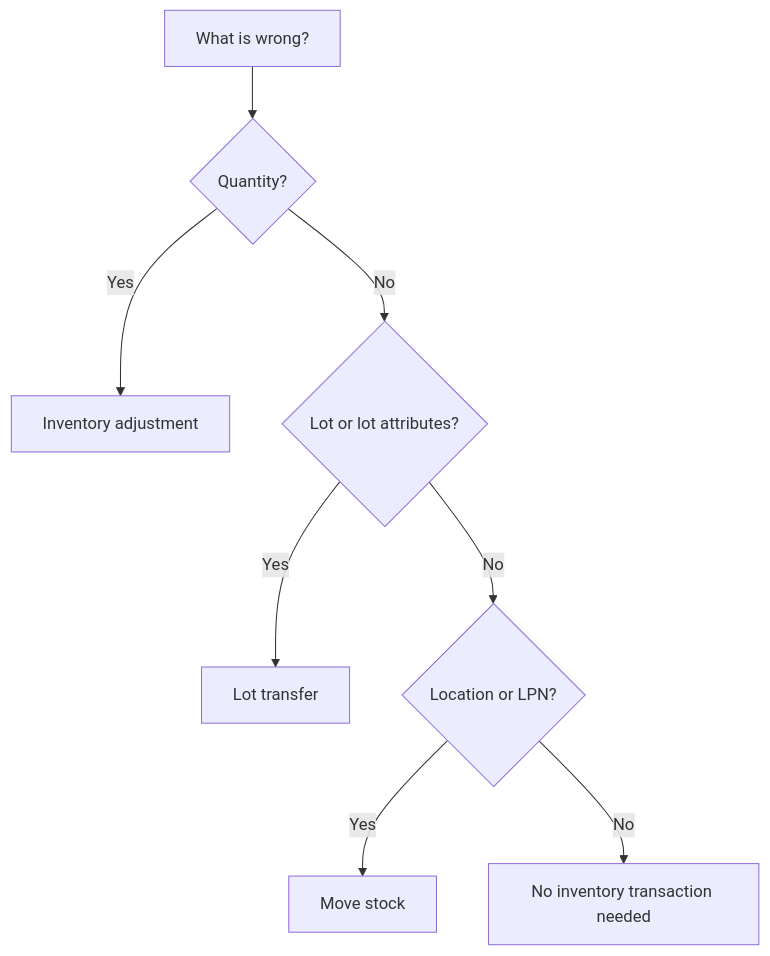
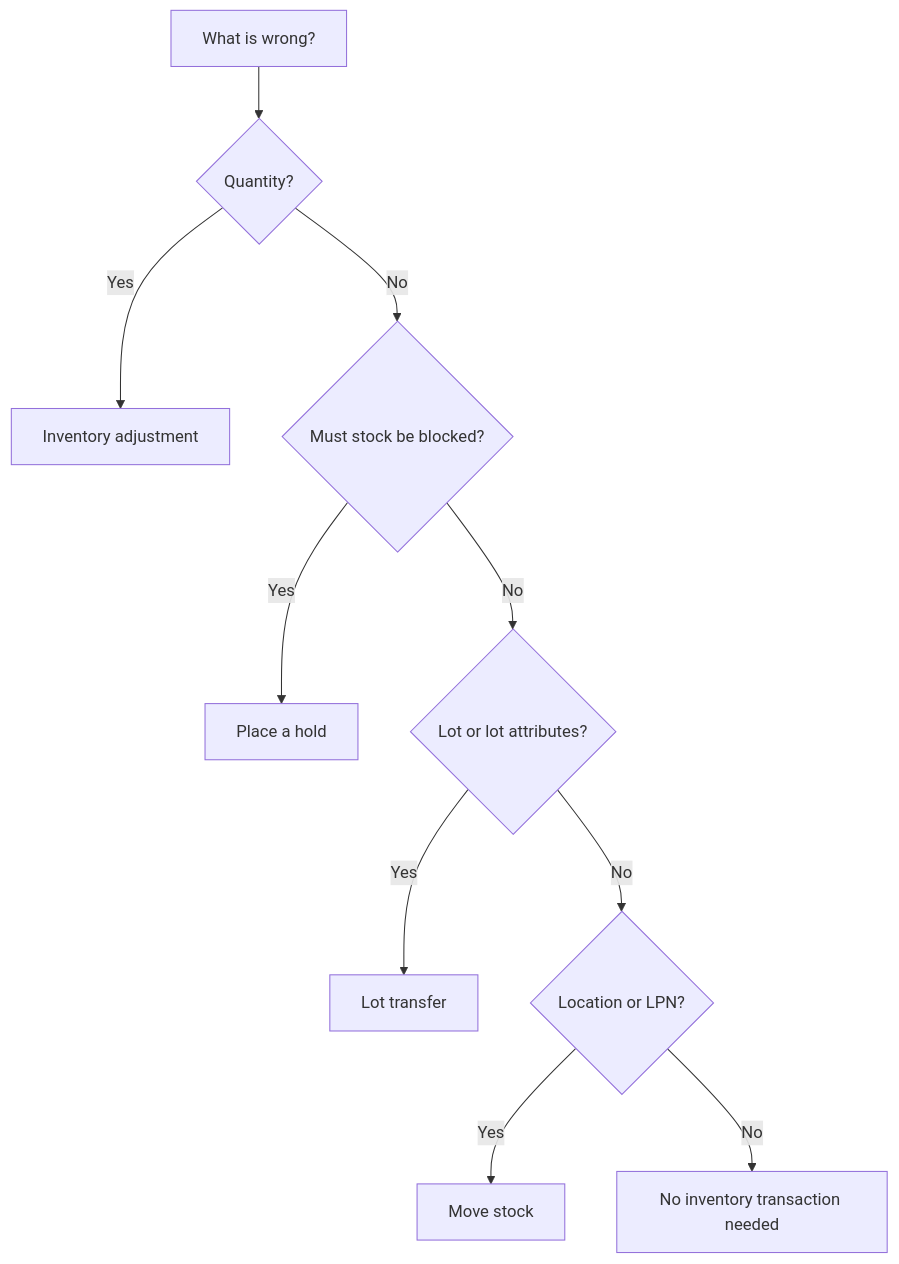
Before and after one commit to msmurygin/quark-docs: the diagram in docs-obsidian/user-guide/admin/13-inventory-control/00-README.md, drawn with Mermaid. The commit also changed other lines of this file and 13 other files, not shown here.

````diff
--- a/docs-obsidian/user-guide/admin/13-inventory-control/00-README.md
+++ b/docs-obsidian/user-guide/admin/13-inventory-control/00-README.md
@@ -17,10 +18,12 @@
 ```mermaid
 flowchart TD
     A[What is wrong?] --> B{Quantity?}
     B -->|Yes| C[Inventory adjustment]
-    B -->|No| D{Lot or lot attributes?}
-    D -->|Yes| E[Lot transfer]
-    D -->|No| F{Location or LPN?}
+    B -->|No| D{Must stock be blocked?}
+    D -->|Yes| I[Place a hold]
+    D -->|No| J{Lot or lot attributes?}
+    J -->|Yes| E[Lot transfer]
+    J -->|No| F{Location or LPN?}
     F -->|Yes| G[Move stock]
     F -->|No| H[No inventory transaction needed]
 ```
````
